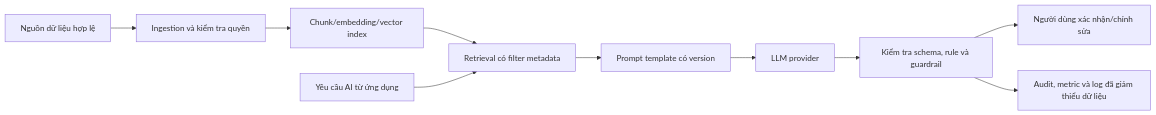
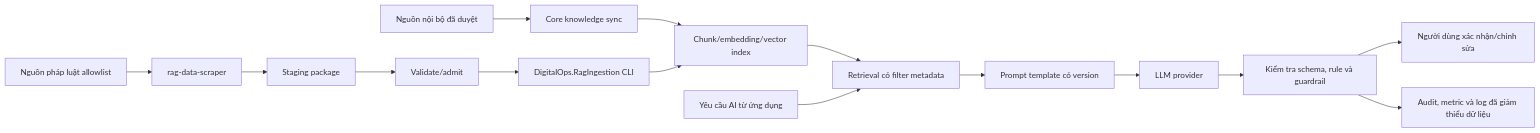
The diagram in Project-Document/02-architecture/03-ai-rag-design.md (Thinh-TT/DigitalOps), drawn with Mermaid before and after one commit. The commit also changed other lines of this file and 77 other files, not shown here.

Commit message:
feat: implement RagIngestion tool, Ollama embedding service, Qdrant client, and RAG data scraping pipeline

````diff
--- a/Project-Document/02-architecture/03-ai-rag-design.md
+++ b/Project-Document/02-architecture/03-ai-rag-design.md
@@ -37,12 +51,17 @@
 ```mermaid
 flowchart LR
-    SOURCE["Nguồn dữ liệu hợp lệ"] --> INGEST["Ingestion và kiểm tra quyền"]
-    INGEST --> INDEX["Chunk/embedding/vector index"]
+    INTERNAL["Nguồn nội bộ đã duyệt"] --> SYNC["Core knowledge sync"]
+    EXTERNAL["Nguồn pháp luật allowlist"] --> CRAWLER["rag-data-scraper"]
+    CRAWLER --> STAGING["Staging package"]
+    STAGING --> ADMIT["Validate/admit"]
+    ADMIT --> CLI["DigitalOps.RagIngestion CLI"]
+    SYNC --> INDEX["Chunk/embedding/vector index"]
+    CLI --> INDEX
     INDEX --> RETRIEVE["Retrieval có filter metadata"]
     REQUEST["Yêu cầu AI từ ứng dụng"] --> RETRIEVE
     RETRIEVE --> PROMPT["Prompt template có version"]
     PROMPT --> LLM["LLM provider"]
     LLM --> VALIDATE["Kiểm tra schema, rule và guardrail"]
     VALIDATE --> HUMAN["Người dùng xác nhận/chỉnh sửa"]
     VALIDATE --> AUDIT["Audit, metric và log đã giảm thiểu dữ liệu"]
 ```
````
